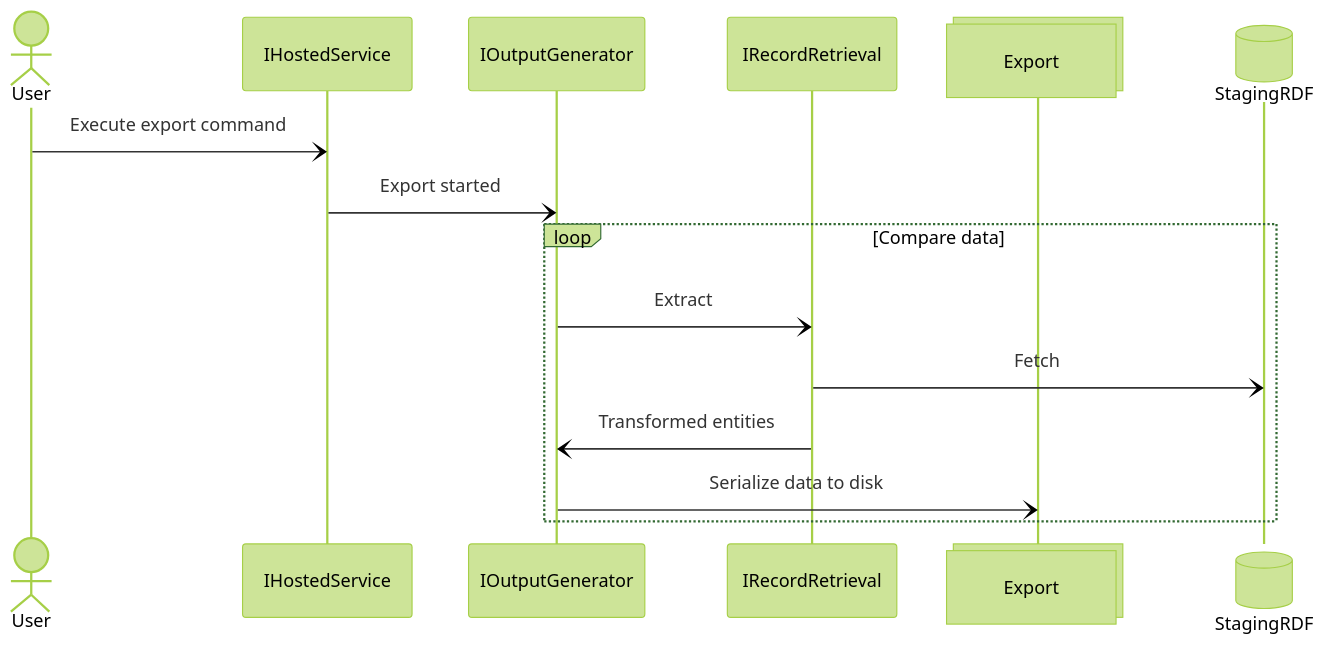
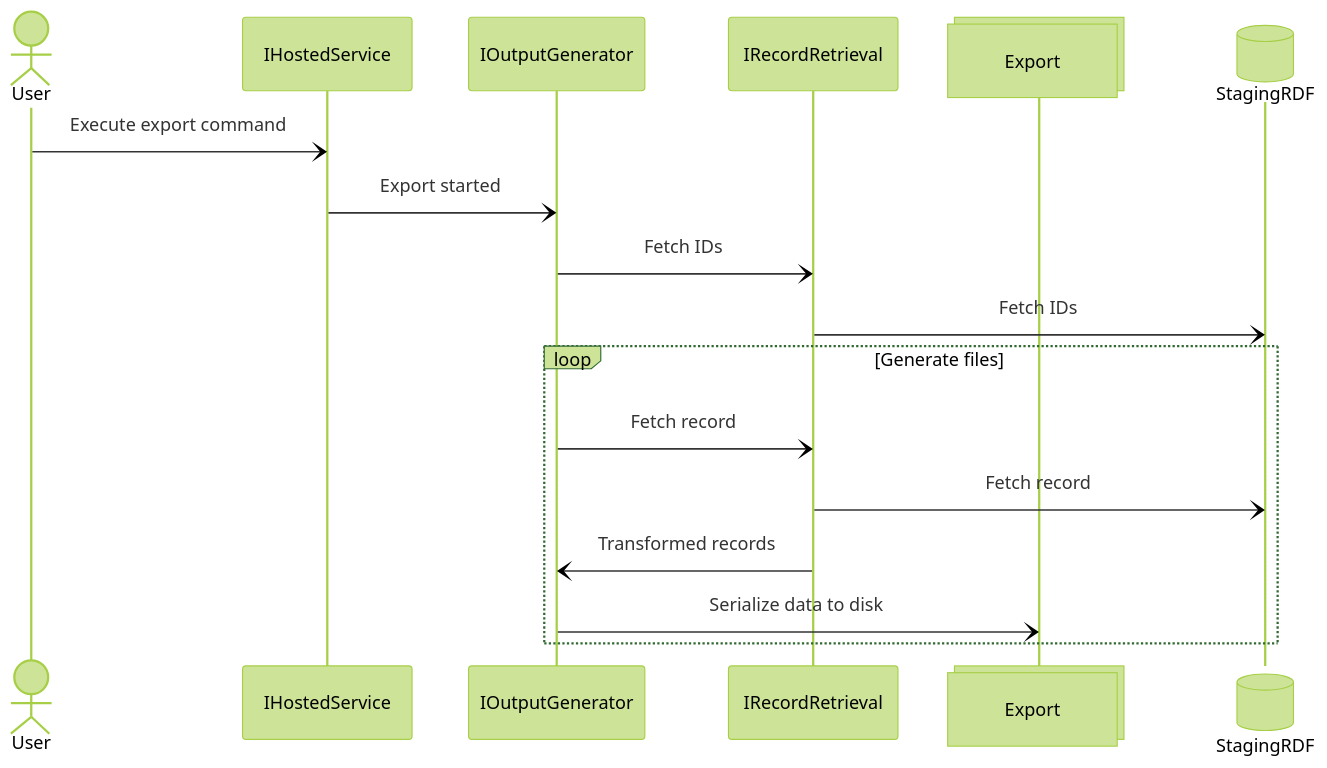
Before and after one commit to nationalarchives/dri-data-migration: the diagram in docs/export.md, drawn with Mermaid (forest theme). The commit also changed 13 other files, not shown here.

Commit message:
Change export process - list of ids and then request each graph individually

````diff
--- a/docs/export.md
+++ b/docs/export.md
@@ -12,17 +12,19 @@
 ```mermaid
 sequenceDiagram
     actor User
     participant IHostedService
     participant IOutputGenerator
     participant IRecordRetrieval
     participant Export@{ "type" : "collections" }
     participant StagingRDF@{ "type" : "database" }
     User-)IHostedService: Execute export command
     IHostedService-)IOutputGenerator: Export started
-    loop Compare data
-        IOutputGenerator-)IRecordRetrieval: Extract
-        IRecordRetrieval-)StagingRDF: Fetch
-        IRecordRetrieval-)IOutputGenerator: Transformed entities
+    IOutputGenerator-)IRecordRetrieval: Fetch IDs
+    IRecordRetrieval-)StagingRDF: Fetch IDs
+    loop Generate files
+        IOutputGenerator-)IRecordRetrieval: Fetch record
+        IRecordRetrieval-)StagingRDF: Fetch record
+        IRecordRetrieval-)IOutputGenerator: Transformed records
         IOutputGenerator-)Export: Serialize data to disk
     end
 ```
````
